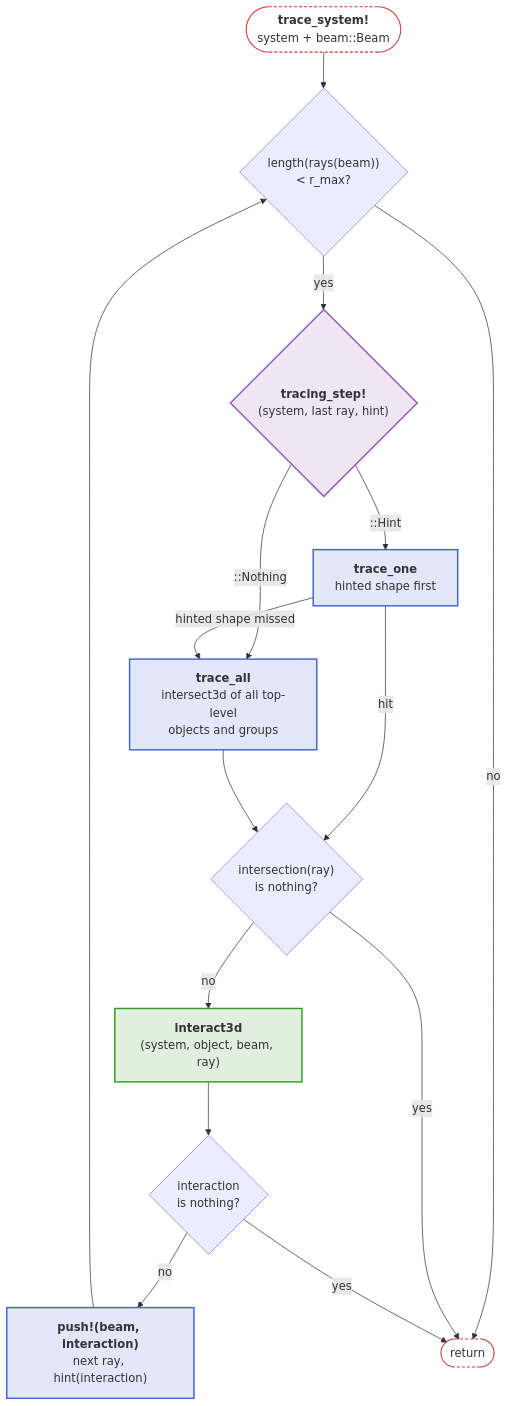
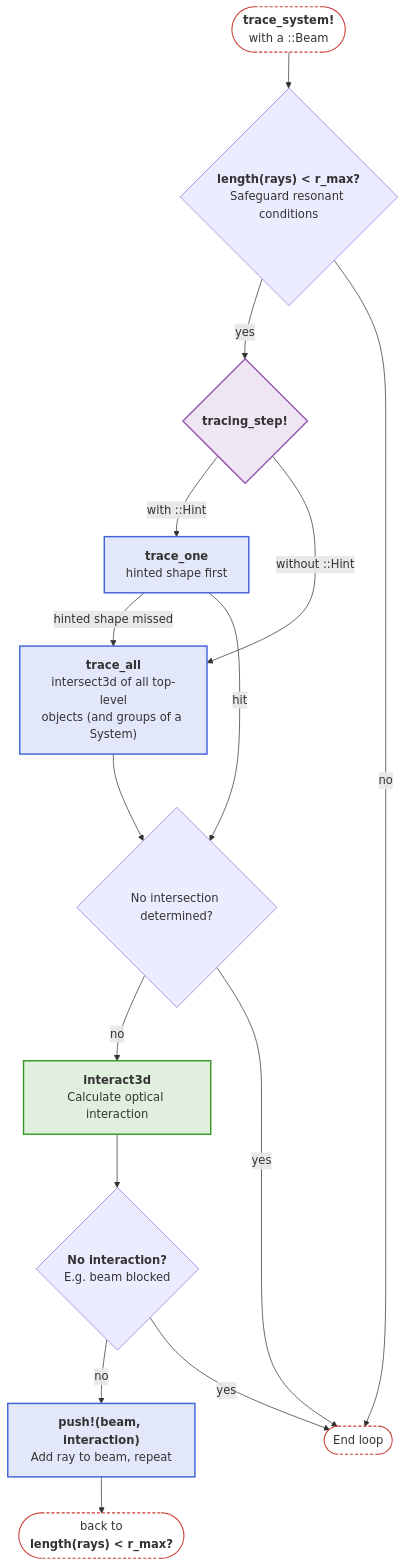
Before and after one commit to JuliaPhysics/BeamletOptics.jl: the sixth of 6 diagrams in docs/src/api/core.md, drawn with Mermaid. The commit also changed other lines of this file and 94 other files, not shown here.

````diff
--- a/docs/src/api/core.md
+++ b/docs/src/api/core.md
@@ -291,35 +289,36 @@
 ```mermaid
 flowchart TB
-    S(["<b>trace_system!</b><br/>system + beam::Beam"])
-    RM{"length(rays(beam))<br/>#lt; r_max?"}
-    TST{"<b>tracing_step!</b><br/>(system, last ray, hint)"}
+    S(["<b>trace_system!</b><br/>with a ::Beam"])
+    RM{"<b>length(rays) #lt; r_max?</b><br>Safeguard resonant conditions"}
+    TST{"<b>tracing_step!</b>"}
     TO["<b>trace_one</b><br/>hinted shape first"]
-    TA["<b>trace_all</b><br/>intersect3d of all top-level<br/>objects and groups"]
-    HIT{"intersection(ray)<br/>is nothing?"}
-    IA["<b>interact3d</b><br/>(system, object, beam, ray)"]
-    NI{"interaction<br/>is nothing?"}
-    P["<b>push!(beam, interaction)</b><br/>next ray, hint(interaction)"]
-    E([return])
+    TA["<b>trace_all</b><br/>intersect3d of all top-level<br/>objects (and groups of a System)"]
+    HIT{"No intersection determined?"}
+    IA["<b>interact3d</b><br/>Calculate optical interaction"]
+    NI{"<b>No interaction?</b><br/>E.g. beam blocked"}
+    P["<b>push!(beam, interaction)</b><br/>Add ray to beam, repeat"]
+    E([End loop])
+    BR(["back to<br/><b>length(rays) #lt; r_max?</b>"])
 
     S --> RM
     RM -- yes --> TST
-    TST -- "::Hint" --> TO
-    TST -- "::Nothing" --> TA
+    TST -- " with ::Hint" --> TO
+    TST -- "without ::Hint" --> TA
     TO -- "hinted shape missed" --> TA
     TO -- hit --> HIT
     TA --> HIT
     HIT -- no --> IA --> NI
-    NI -- no --> P --> RM
+    NI -- no --> P --> BR
     RM -- no --> E
     HIT -- yes --> E
     NI -- yes --> E
 
     classDef blue fill:#4063D826,stroke:#4063D8,stroke-width:2px
     classDef green fill:#38982626,stroke:#389826,stroke-width:2px
     classDef purple fill:#9558B226,stroke:#9558B2,stroke-width:2px
     classDef terminal fill:transparent,stroke:#CB3C33,stroke-width:1.5px,stroke-dasharray:4 3
     class TO,TA,P blue
     class IA green
     class TST purple
-    class S,E terminal
+    class S,E,BR terminal
 ```
````
